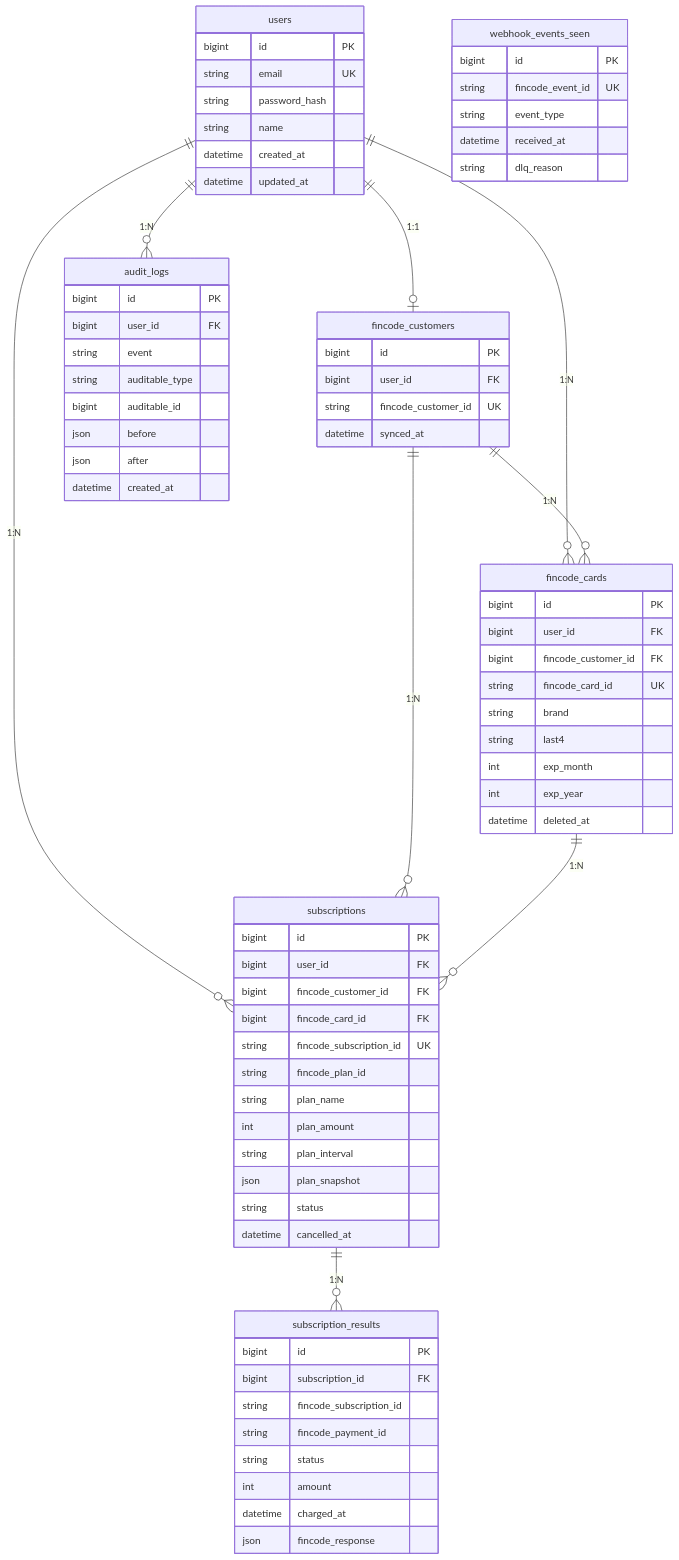
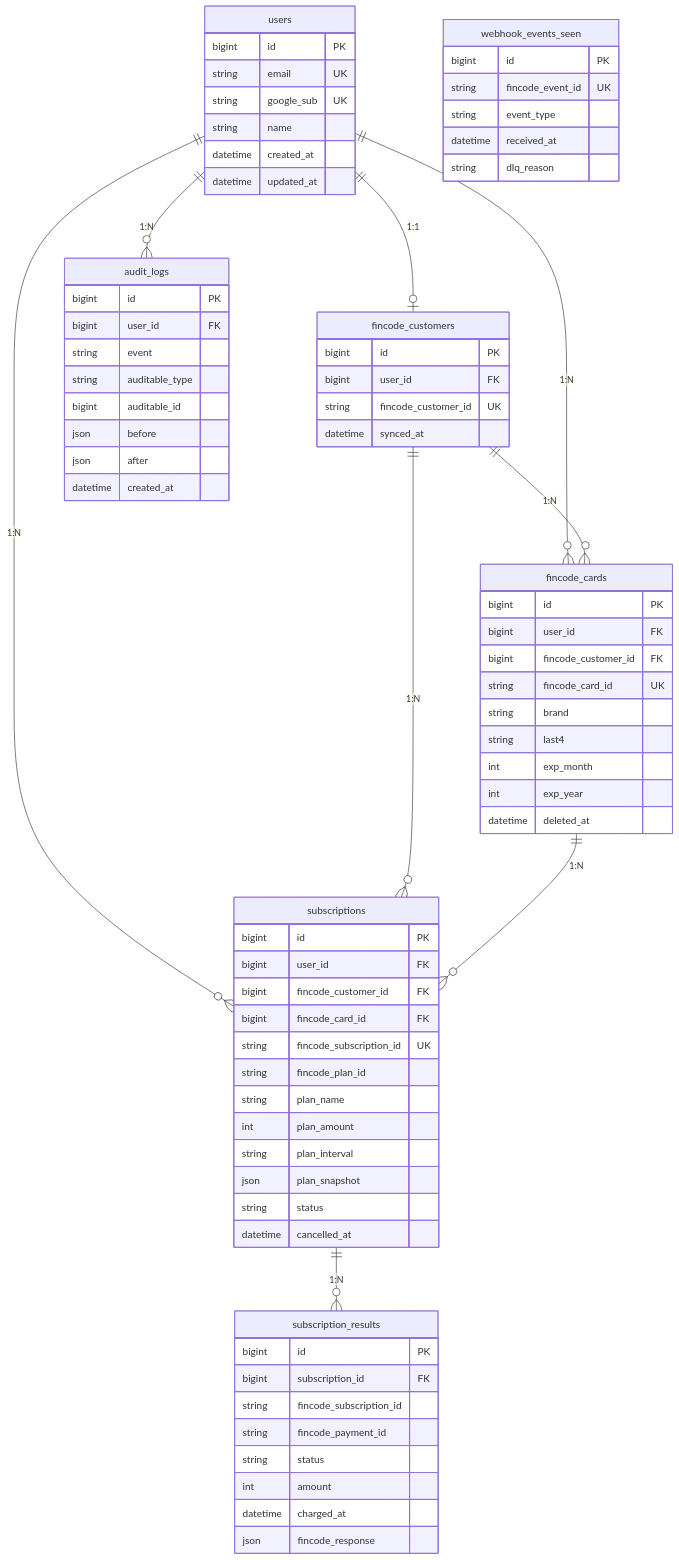
The diagram in docs/architecture/data-model.md (mathu-fn/fincode-subscription-starter), drawn with Mermaid before and after one commit. The commit also changed other lines of this file and 62 other files, not shown here.

````diff
--- a/docs/architecture/data-model.md
+++ b/docs/architecture/data-model.md
@@ -9,78 +9,78 @@
 ```mermaid
 erDiagram
     users ||--o| fincode_customers : "1:1"
     users ||--o{ fincode_cards : "1:N"
     users ||--o{ subscriptions : "1:N"
     users ||--o{ audit_logs : "1:N"
     fincode_customers ||--o{ fincode_cards : "1:N"
     fincode_customers ||--o{ subscriptions : "1:N"
     fincode_cards ||--o{ subscriptions : "1:N"
     subscriptions ||--o{ subscription_results : "1:N"
 
     users {
         bigint id PK
         string email UK
-        string password_hash
+        string google_sub UK
         string name
         datetime created_at
         datetime updated_at
     }
     fincode_customers {
         bigint id PK
         bigint user_id FK
         string fincode_customer_id UK
         datetime synced_at
     }
     fincode_cards {
         bigint id PK
         bigint user_id FK
         bigint fincode_customer_id FK
         string fincode_card_id UK
         string brand
         string last4
         int exp_month
         int exp_year
         datetime deleted_at
     }
     subscriptions {
         bigint id PK
         bigint user_id FK
         bigint fincode_customer_id FK
         bigint fincode_card_id FK
         string fincode_subscription_id UK
         string fincode_plan_id
         string plan_name
         int plan_amount
         string plan_interval
         json plan_snapshot
         string status
         datetime cancelled_at
     }
     subscription_results {
         bigint id PK
         bigint subscription_id FK
         string fincode_subscription_id
         string fincode_payment_id
         string status
         int amount
         datetime charged_at
         json fincode_response
     }
     audit_logs {
         bigint id PK
         bigint user_id FK
         string event
         string auditable_type
         bigint auditable_id
         json before
         json after
         datetime created_at
     }
     webhook_events_seen {
         bigint id PK
         string fincode_event_id UK
         string event_type
         datetime received_at
         string dlq_reason
     }
 ```
````
